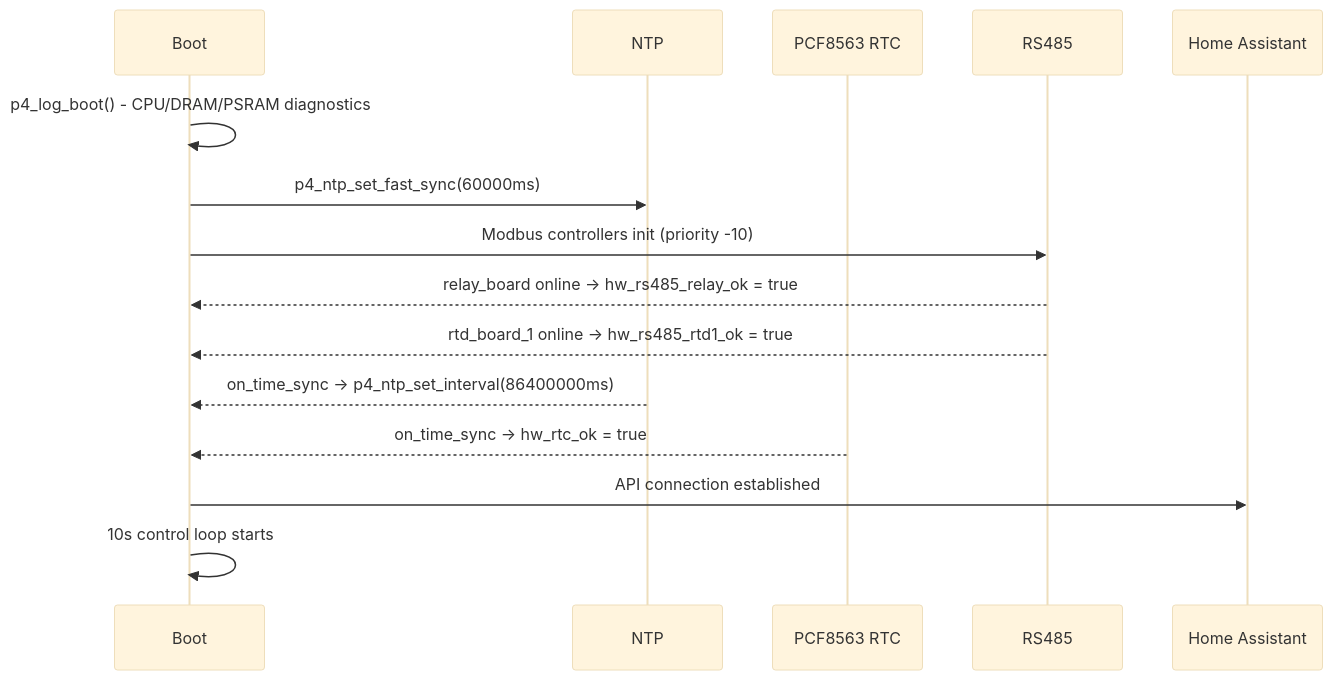
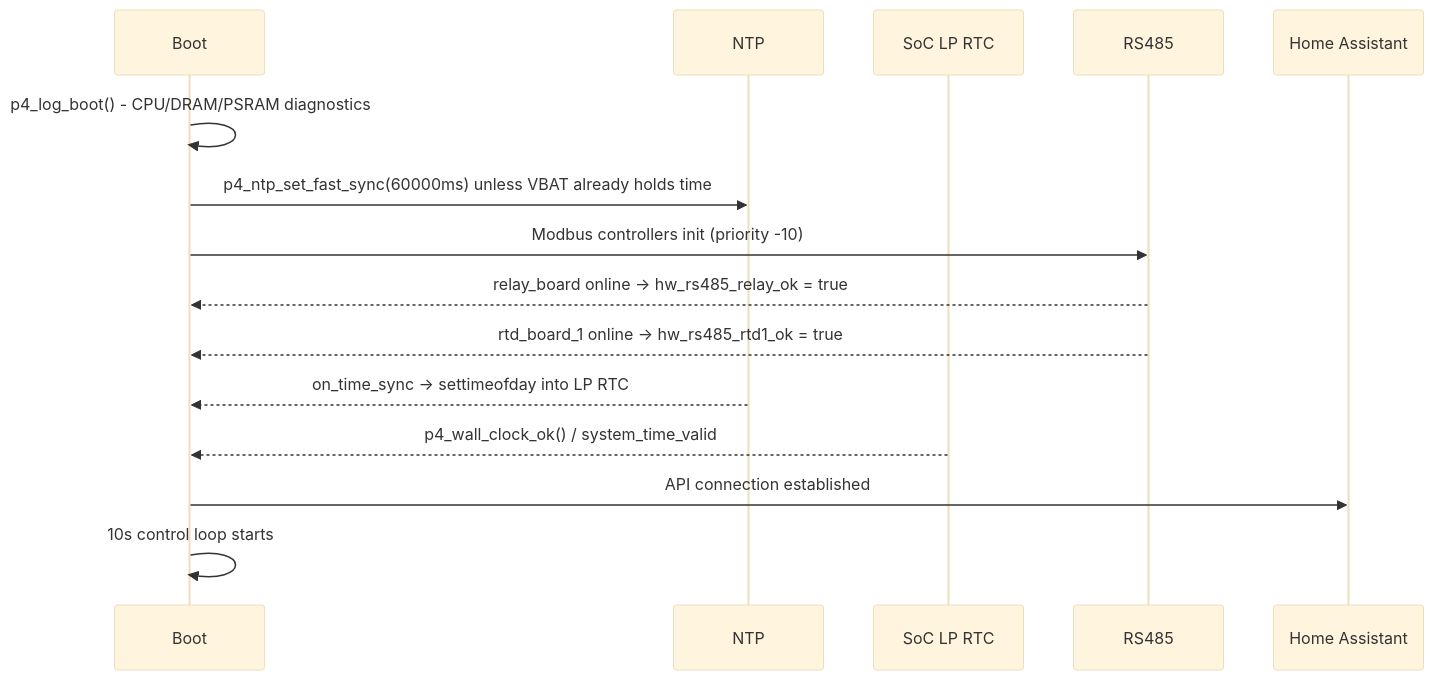
The second of 3 diagrams in reference/program_control_logic_flowchart.md (ausloki/ESP32-P4-Coolrooom), drawn with Mermaid (base theme) before and after one commit. The commit also changed other lines of this file and 16 other files, not shown here.

First line of the commit message:
fix(time): drop PCF8563; use SoC LP RTC + NTP only

````diff
--- a/reference/program_control_logic_flowchart.md
+++ b/reference/program_control_logic_flowchart.md
@@ -55,18 +55,18 @@
 ```mermaid
 sequenceDiagram
     participant Boot
     participant NTP
-    participant RTC as PCF8563 RTC
+    participant Clock as SoC LP RTC
     participant RS485
     participant HA as Home Assistant
 
     Boot->>Boot: p4_log_boot() - CPU/DRAM/PSRAM diagnostics
-    Boot->>NTP: p4_ntp_set_fast_sync(60000ms)
+    Boot->>NTP: p4_ntp_set_fast_sync(60000ms) unless VBAT already holds time
     Boot->>RS485: Modbus controllers init (priority -10)
     RS485-->>Boot: relay_board online → hw_rs485_relay_ok = true
     RS485-->>Boot: rtd_board_1 online → hw_rs485_rtd1_ok = true
-    NTP-->>Boot: on_time_sync → p4_ntp_set_interval(86400000ms)
-    RTC-->>Boot: on_time_sync → hw_rtc_ok = true
+    NTP-->>Boot: on_time_sync → settimeofday into LP RTC
+    Clock-->>Boot: p4_wall_clock_ok() / system_time_valid
     Boot->>HA: API connection established
     Boot->>Boot: 10s control loop starts
 ```
````
